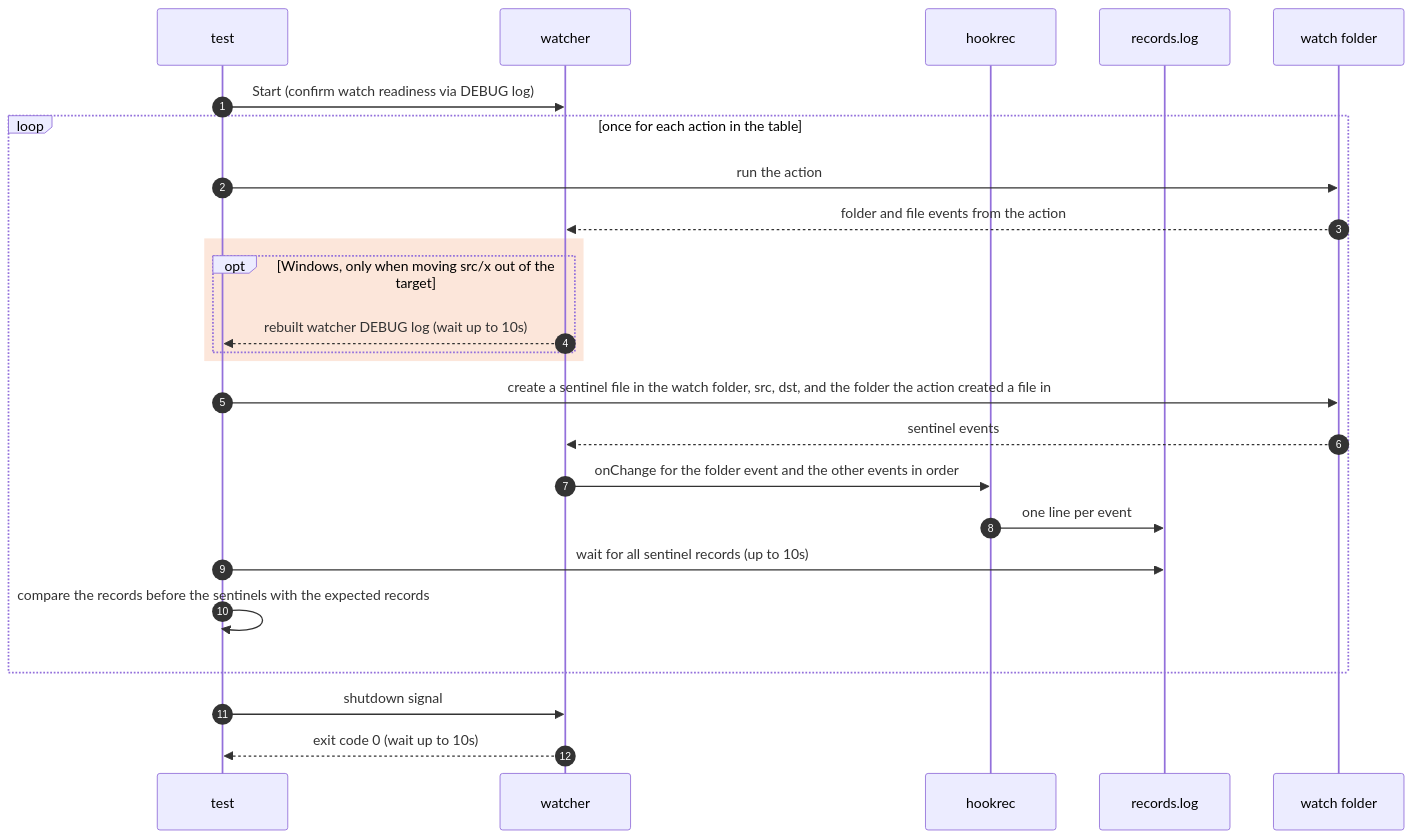
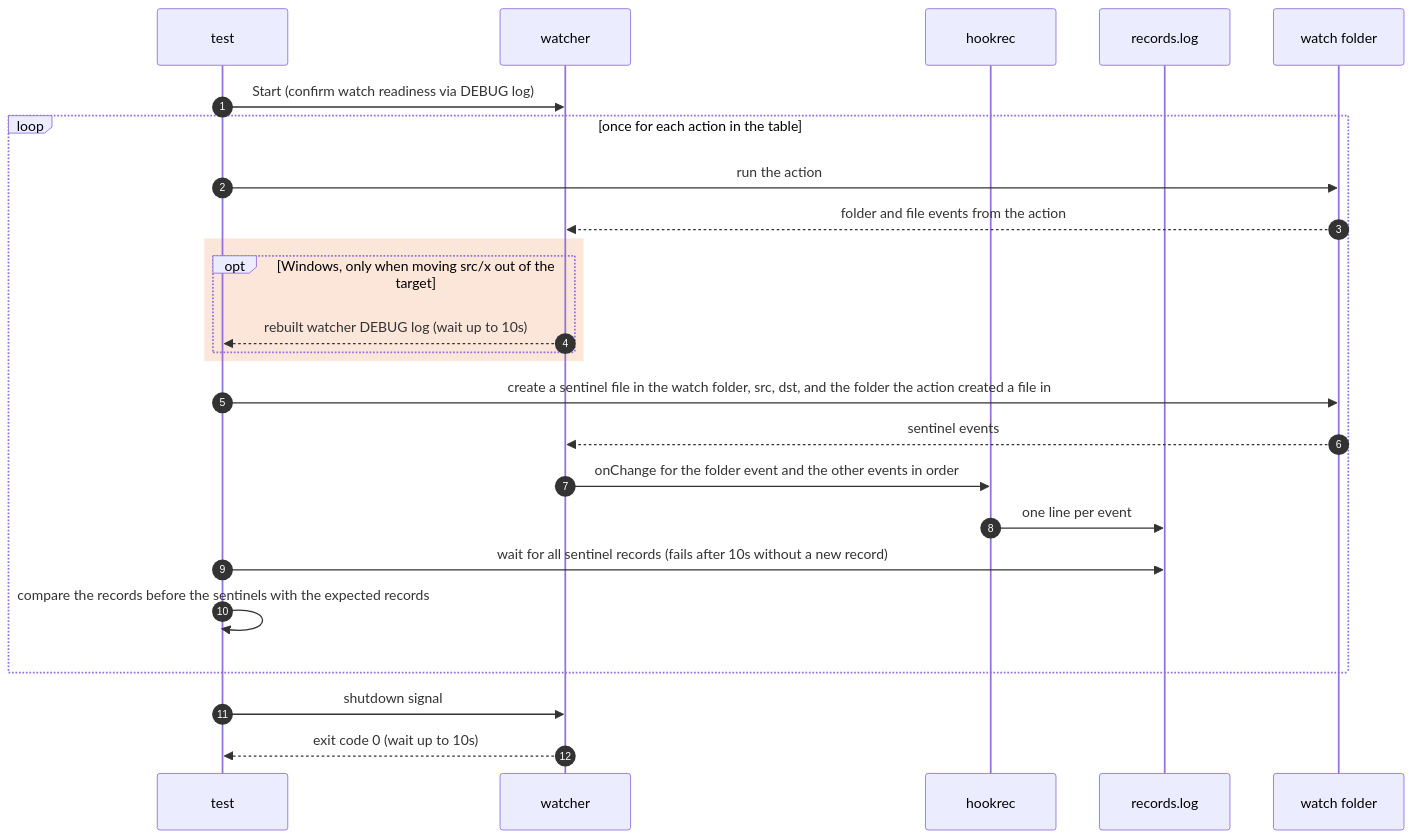
The diagram in e2e/docs/scenarios/folder-events.md (seungyeop-lee/directory-watcher), drawn with Mermaid before and after one commit. The commit also changed other lines of this file and 17 other files, not shown here.

````diff
--- a/e2e/docs/scenarios/folder-events.md
+++ b/e2e/docs/scenarios/folder-events.md
@@ -55,27 +55,27 @@
 ```mermaid
 sequenceDiagram
     autonumber
     participant testCode as test
     participant watcherProc as watcher
     participant hookRec as hookrec
     participant recordFile as records.log
     participant watchDir as watch folder
     testCode->>watcherProc: Start (confirm watch readiness via DEBUG log)
     loop once for each action in the table
         testCode->>watchDir: run the action
         watchDir-->>watcherProc: folder and file events from the action
         rect rgba(234, 88, 12, 0.15)
             opt Windows, only when moving src/x out of the target
                 watcherProc-->>testCode: rebuilt watcher DEBUG log (wait up to 10s)
             end
         end
         testCode->>watchDir: create a sentinel file in the watch folder, src, dst, and the folder the action created a file in
         watchDir-->>watcherProc: sentinel events
         watcherProc->>hookRec: onChange for the folder event and the other events in order
         hookRec->>recordFile: one line per event
-        testCode->>recordFile: wait for all sentinel records (up to 10s)
+        testCode->>recordFile: wait for all sentinel records (fails after 10s without a new record)
         testCode->>testCode: compare the records before the sentinels with the expected records
     end
     testCode->>watcherProc: shutdown signal
     watcherProc-->>testCode: exit code 0 (wait up to 10s)
 ```
````
